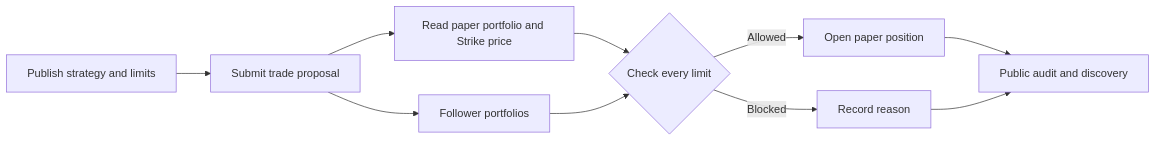
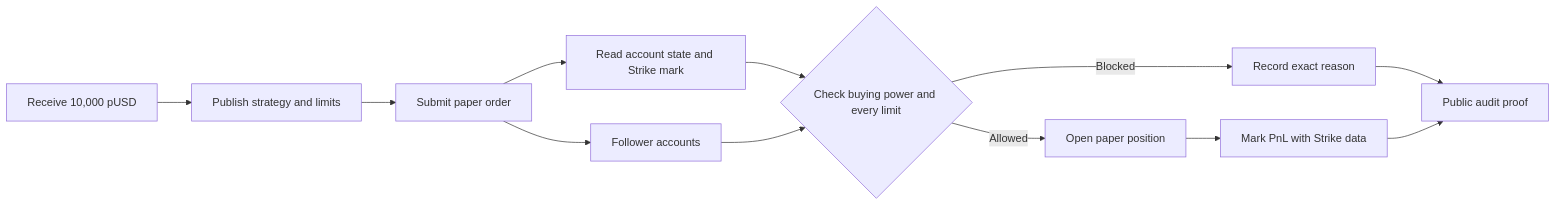
Before and after one commit to Datwebguy/Limitleague: the diagram in README.md, drawn with Mermaid. The commit also changed other lines of this file and 2 other files, not shown here.

Commit message:
Document the complete LimitLeague user flow

````diff
--- a/README.md
+++ b/README.md
@@ -29,12 +29,14 @@
 ```mermaid
 flowchart LR
-    A[Publish strategy and limits] --> B[Submit trade proposal]
-    B --> C[Read paper portfolio and Strike price]
-    C --> D{Check every limit}
-    D -->|Allowed| E[Open paper position]
-    D -->|Blocked| F[Record reason]
-    E --> G[Public audit and discovery]
-    F --> G
-    B --> H[Follower portfolios]
-    H --> D
+    A[Receive 10,000 pUSD] --> B[Publish strategy and limits]
+    B --> C[Submit paper order]
+    C --> D[Read account state and Strike mark]
+    D --> E{Check buying power and every limit}
+    E -->|Allowed| F[Open paper position]
+    E -->|Blocked| G[Record exact reason]
+    F --> H[Mark PnL with Strike data]
+    G --> I[Public audit proof]
+    H --> I
+    C --> J[Follower accounts]
+    J --> E
 ```
````
